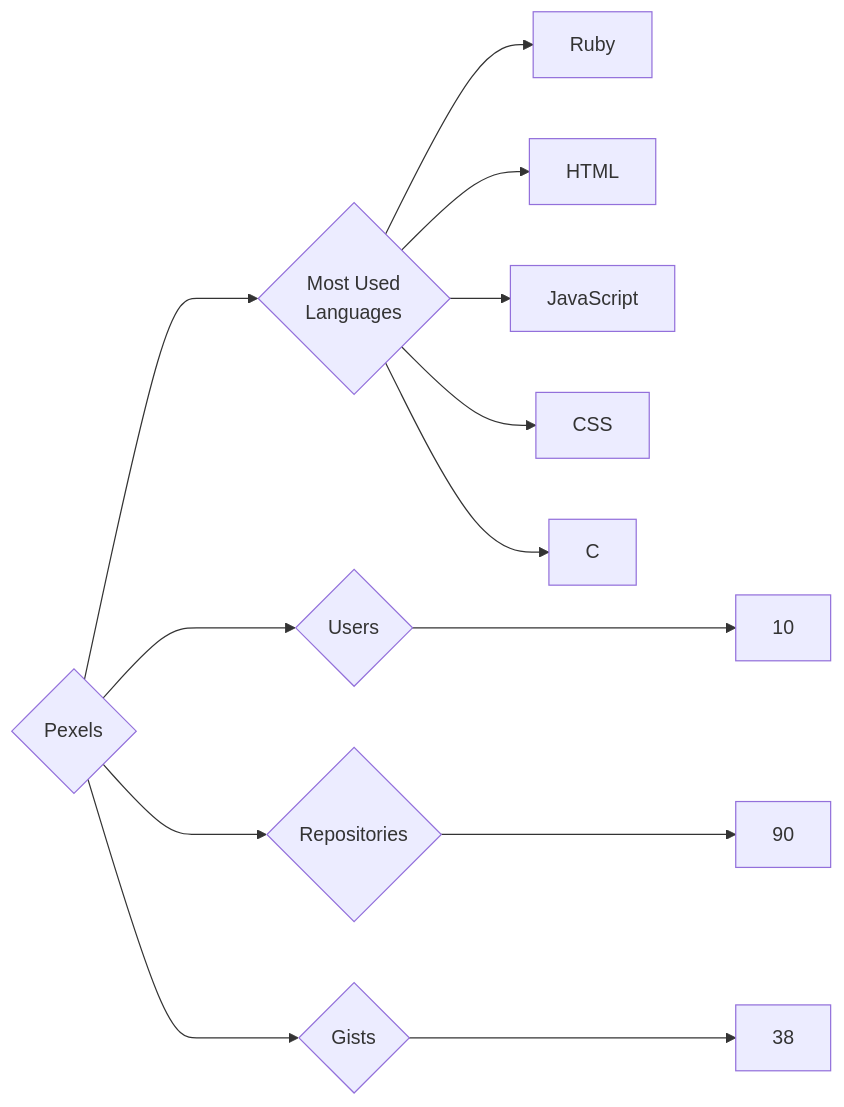
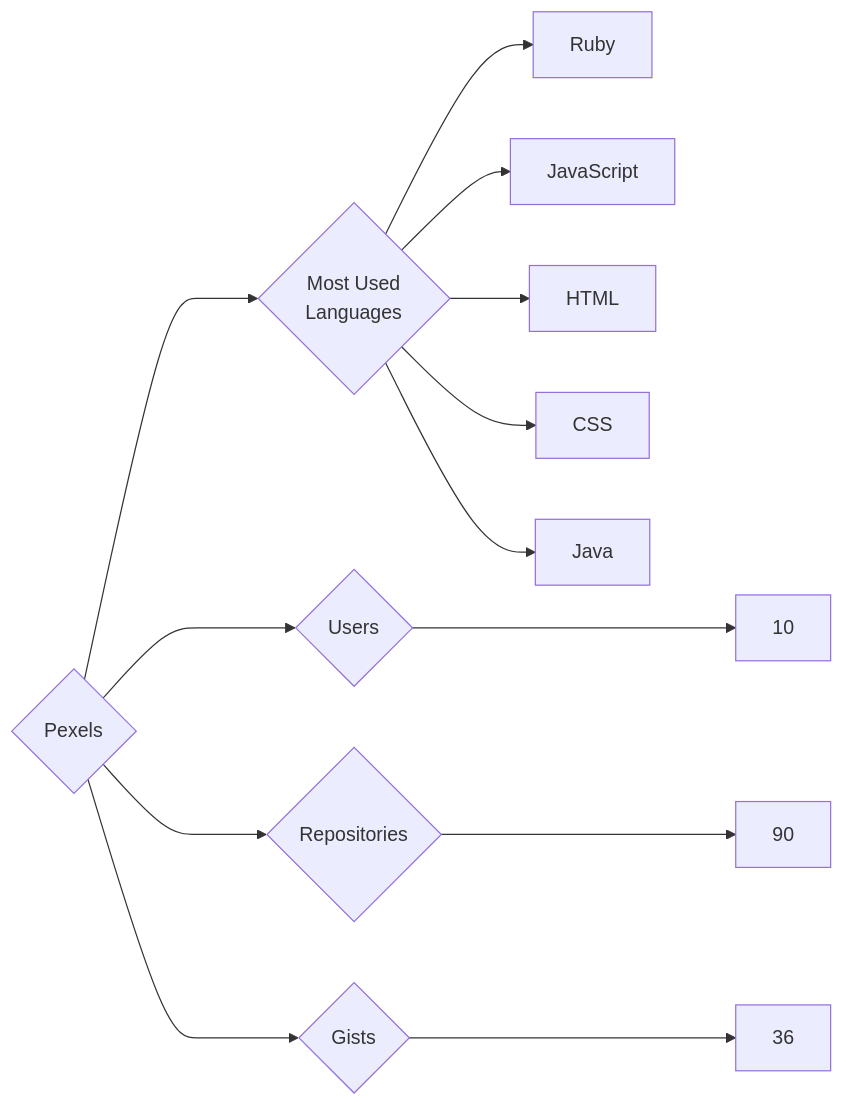
One commit to trickest/insiders changed the diagram in targets/Pexels/README.md. Above: the diagram before and after it, drawn with Mermaid. The commit also changed 773 other files, not shown here.

````diff
--- a/targets/Pexels/README.md
+++ b/targets/Pexels/README.md
@@ -3,13 +3,13 @@
 ```mermaid
 graph LR
 COMPANY_NAME{Pexels}
 COMPANY_NAME ---> U{Users} ---> UN[10]
 COMPANY_NAME ---> R{Repositories} ---> RN[90]
-COMPANY_NAME ---> G{Gists} ---> GN[38]
+COMPANY_NAME ---> G{Gists} ---> GN[36]
 COMPANY_NAME ---> ML{Most Used<br>Languages}
 ML --> Ruby[Ruby]
+ML --> JavaScript[JavaScript]
 ML --> HTML[HTML]
-ML --> JavaScript[JavaScript]
 ML --> CSS[CSS]
-ML --> C[C]
+ML --> Java[Java]
 ```
````
